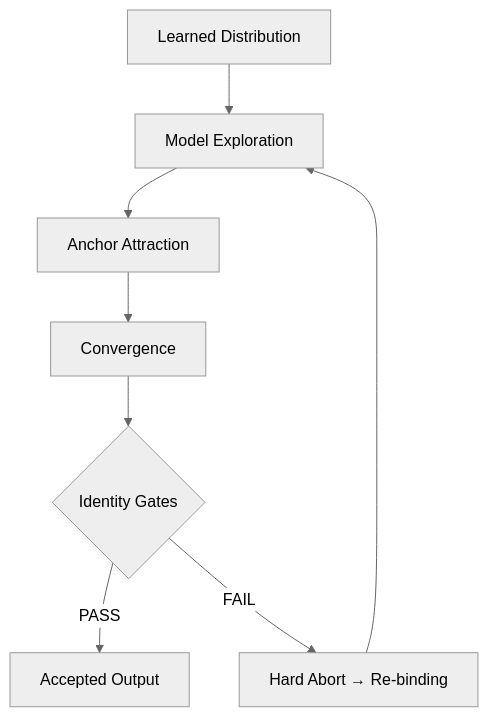
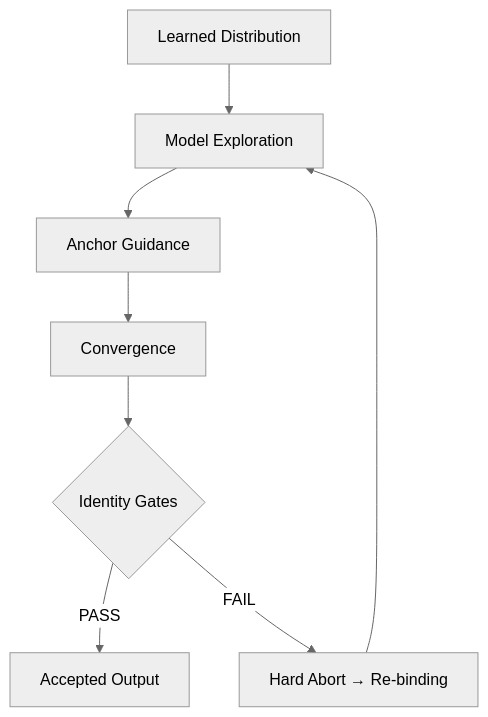
One commit to watadani-byte/character-identity-protocol changed the third of 5 diagrams in README.md. Above: the diagram before and after it, drawn with Mermaid (neutral theme). The commit also changed other lines of this file, not shown here.

````diff
--- a/README.md
+++ b/README.md
@@ -196,10 +196,10 @@
 ```mermaid
 flowchart TD
     A[Learned Distribution] --> B[Model Exploration]
-    B --> C[Anchor Attraction]
+    B --> C[Anchor Guidance]
     C --> D[Convergence]
     D --> E{Identity Gates}
     E -->|PASS| F[Accepted Output]
     E -->|FAIL| G[Hard Abort → Re-binding]
     G --> B
 ```
````
